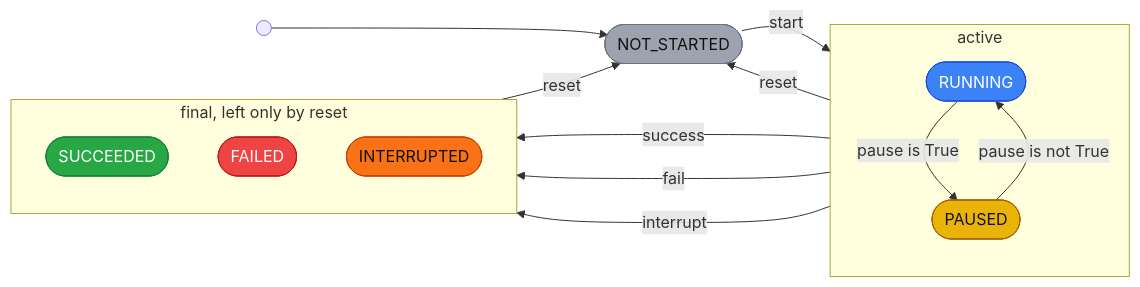
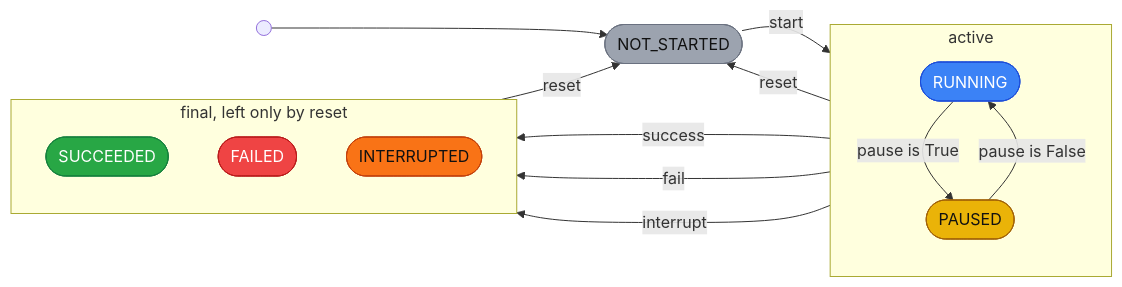
Before and after one commit to Tigul/cognitive_robot_abstract_machine: the first of 11 diagrams in giskardpy/doc/motion_statecharts.md, drawn with Mermaid. The commit also changed other lines of this file, not shown here.

````diff
--- a/giskardpy/doc/motion_statecharts.md
+++ b/giskardpy/doc/motion_statecharts.md
@@ -56,34 +78,34 @@
 ```{mermaid}
 flowchart LR
     entry(( )) --> NS([NOT_STARTED])
     NS -- start --> R
     subgraph active ["active"]
         direction TB
         R([RUNNING]) -- "pause is True" --> P([PAUSED])
-        P -- "pause is not True" --> R
+        P -- "pause is False" --> R
     end
     subgraph ended ["final, left only by reset"]
         direction TB
         S([SUCCEEDED])
         F([FAILED])
         I([INTERRUPTED])
     end
     active -- success --> S
     active -- fail --> F
     active -- interrupt --> I
     ended -- reset --> NS
     active -- reset --> NS
 
     classDef notStarted fill:#9CA3AF,stroke:#6B7280,color:#111111
     classDef running fill:#3B82F6,stroke:#1D4ED8,color:#FFFFFF
     classDef paused fill:#EAB308,stroke:#A16207,color:#111111
     classDef succeeded fill:#28A745,stroke:#15803D,color:#FFFFFF
     classDef failed fill:#EF4444,stroke:#B91C1C,color:#FFFFFF
     classDef interrupted fill:#F97316,stroke:#C2410C,color:#111111
     class NS notStarted
     class R running
     class P paused
     class S succeeded
     class F failed
     class I interrupted
 ```
````
